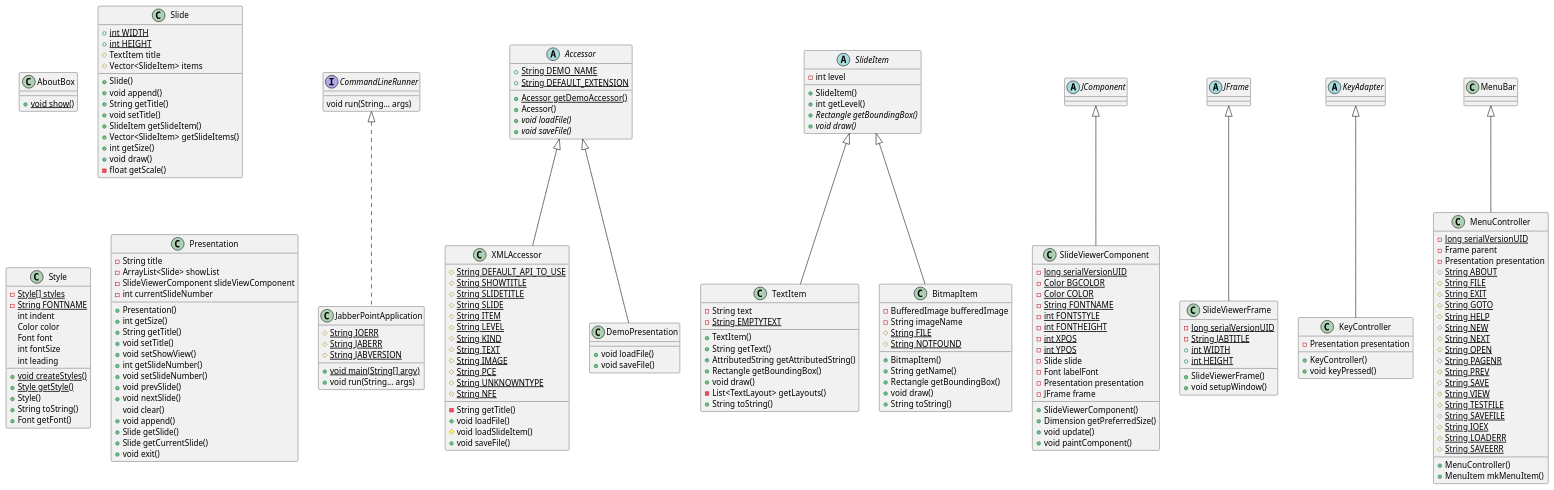
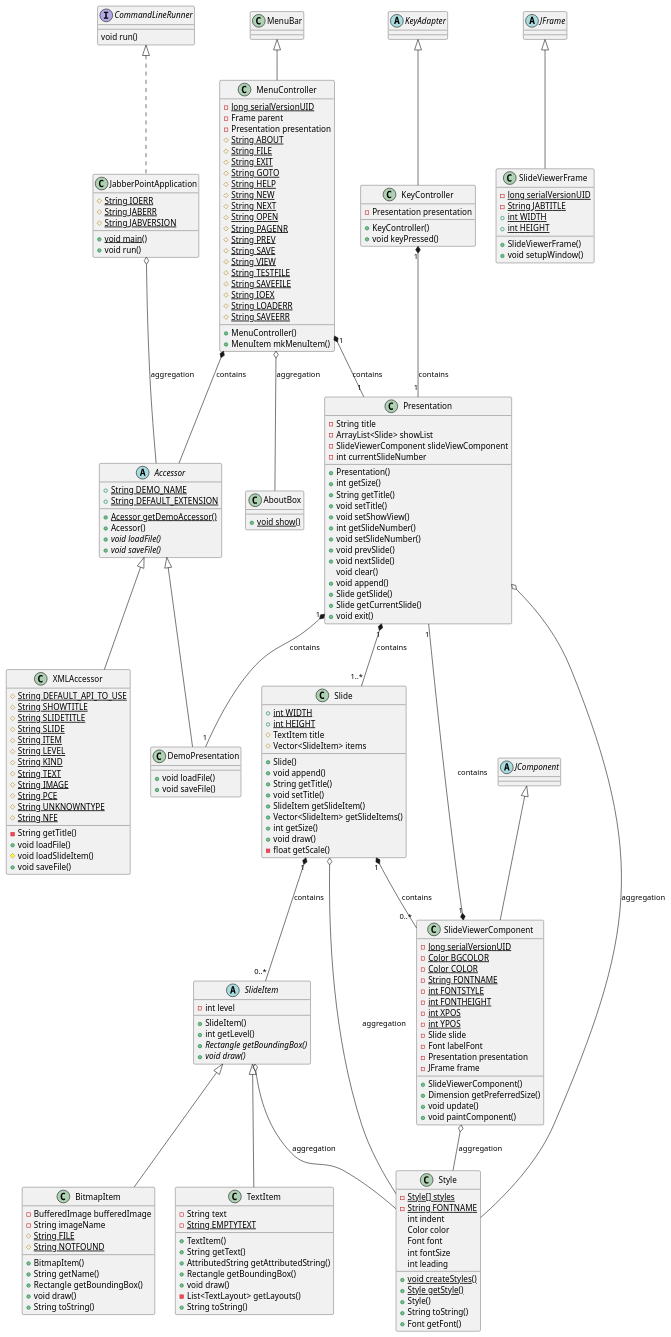
Before and after one commit to rafa-souza-dev/ppsw-2022.2: the diagram in src/docs/classes.puml, drawn with PlantUML.

Commit message:
feat: created relations between classes

```diff
--- a/src/docs/classes.puml
+++ b/src/docs/classes.puml
@@ -1,7 +1,7 @@
 @startuml JabberPoint
 
 interface CommandLineRunner {
-  void run(String... args)
+  void run()
 }
 
 class JabberPointApplication {
@@ -9,8 +9,8 @@
   #{static} String JABERR
   #{static} String JABVERSION
 
-  +{static} void main(String[] argv)
-  + void run(String... args)
+  +{static} void main()
+  + void run()
 }
 
 class JabberPointApplication implements CommandLineRunner
@@ -224,4 +224,20 @@
   + void exit()
 }
 
+' Relações
+Slide "1" *-- "0..*" SlideItem : contains
+Slide "1" *-- "0..*" SlideViewerComponent : contains
+SlideViewerComponent "1" *-- "1" Presentation : contains
+Presentation "1" *-- "1..*" Slide : contains
+Presentation "1" *-- "1" DemoPresentation : contains
+KeyController "1" *-- "1" Presentation : contains
+MenuController "1" *-- "1" Presentation : contains
+MenuController o-- AboutBox : aggregation
+MenuController *-- Accessor : contains
+JabberPointApplication o-- Accessor : aggregation
+Slide o-- Style : aggregation
+SlideItem o-- Style : aggregation
+SlideViewerComponent o-- Style : aggregation
+Presentation o-- Style : aggregation
+
 @enduml
```
